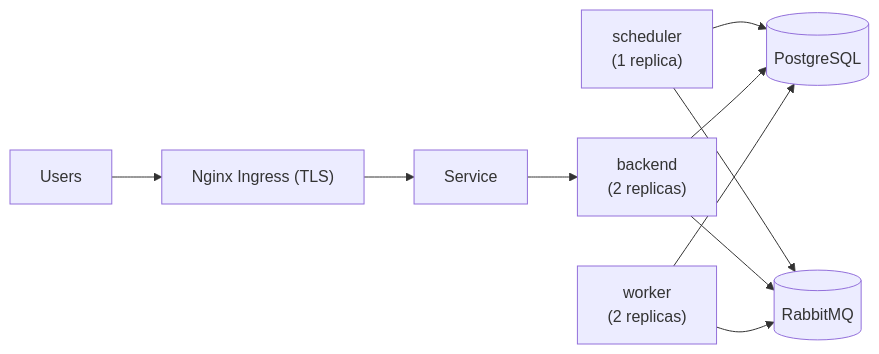
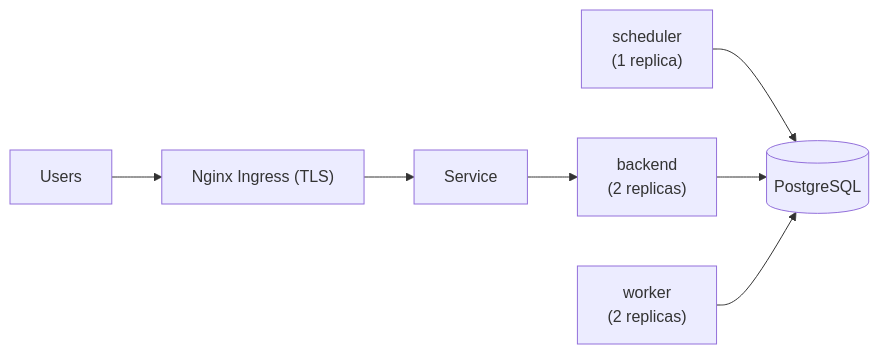
One commit to electrolux-oss/infrakitchen changed the diagram in docs/deployment.mdx. Above: the diagram before and after it, drawn with Mermaid. The commit also changed other lines of this file and 4 other files, not shown here.

````diff
--- a/docs/deployment.mdx
+++ b/docs/deployment.mdx
@@ -45,17 +44,14 @@
 ```mermaid
 ---
 config:
   themeVariables:
     fontFamily: "ui-sans-serif, system-ui, sans-serif"
 ---
 flowchart LR
     U["Users"] --> Ing["Nginx Ingress (TLS)"]
     Ing --> Svc["Service"]
     Svc --> B["backend<br/>(2 replicas)"]
     S["scheduler<br/>(1 replica)"] --> PG[(PostgreSQL)]
-    S --> RQ[(RabbitMQ)]
     B --> PG
-    B --> RQ
     W["worker<br/>(2 replicas)"] --> PG
-    W --> RQ
 ```
````
